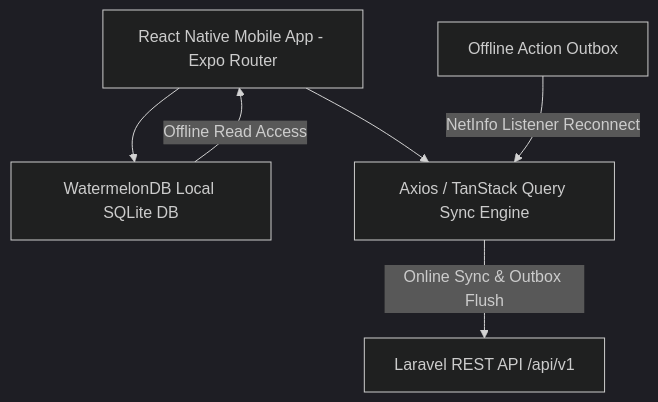
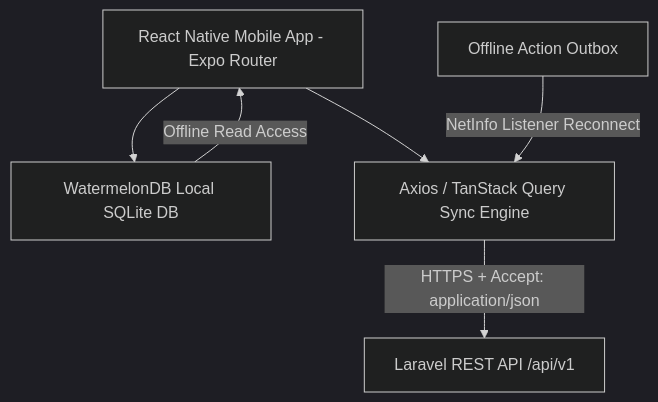
Before and after one commit to NA-Egypt/website: the diagram in CROSS_PLATFORM_MOBILE_APP_PROMPT.md, drawn with Mermaid (dark theme). The commit also changed other lines of this file and 2 other files, not shown here.

Commit message:
feat: implement filtered meeting retrieval and update API resource structure for mobile synchronization

````diff
--- a/CROSS_PLATFORM_MOBILE_APP_PROMPT.md
+++ b/CROSS_PLATFORM_MOBILE_APP_PROMPT.md
@@ -12,8 +12,8 @@
 ```mermaid
 graph TD
     A[React Native Mobile App - Expo Router] --> B[WatermelonDB Local SQLite DB]
     A --> C[Axios / TanStack Query Sync Engine]
-    C -->|Online Sync & Outbox Flush| D[Laravel REST API /api/v1]
+    C -->|HTTPS + Accept: application/json| D[Laravel REST API /api/v1]
     B -->|Offline Read Access| A
     E[Offline Action Outbox] -->|NetInfo Listener Reconnect| C
 ```
````
